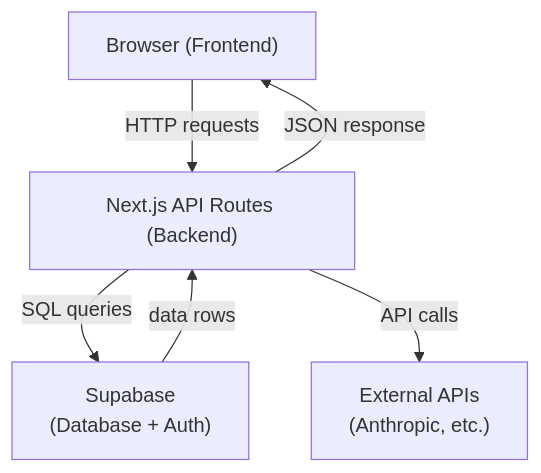
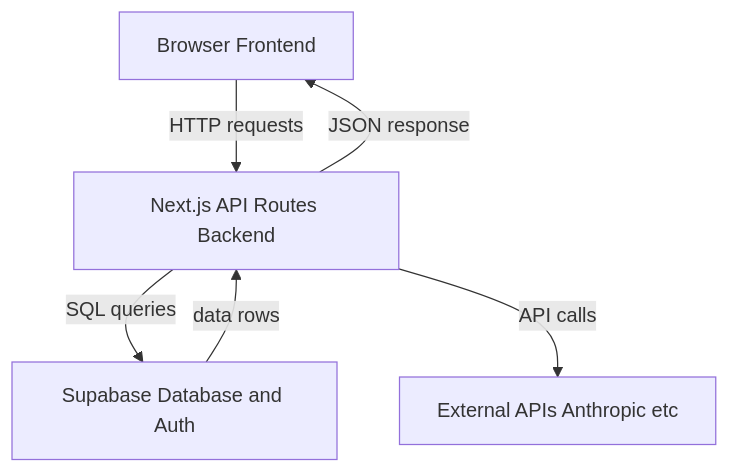
Before and after one commit to wongjinar-ai/expample: the seventh of 7 diagrams in learning/02-backend.md, drawn with Mermaid. The commit also changed other lines of this file and 16 other files, not shown here.

````diff
--- a/learning/02-backend.md
+++ b/learning/02-backend.md
@@ -190,13 +190,13 @@
 ```mermaid
-graph TB
-    Browser["Browser (Frontend)"]
-    NextAPI["Next.js API Routes (Backend)"]
-    Supabase["Supabase\n(Database + Auth)"]
-    External["External APIs\n(Anthropic, etc.)"]
+flowchart TB
+    Browser[Browser Frontend]
+    NextAPI[Next.js API Routes Backend]
+    Supabase[Supabase Database and Auth]
+    External[External APIs Anthropic etc]
 
     Browser -->|"HTTP requests"| NextAPI
     NextAPI -->|"SQL queries"| Supabase
     NextAPI -->|"API calls"| External
     Supabase -->|"data rows"| NextAPI
     NextAPI -->|"JSON response"| Browser
 ```
````
